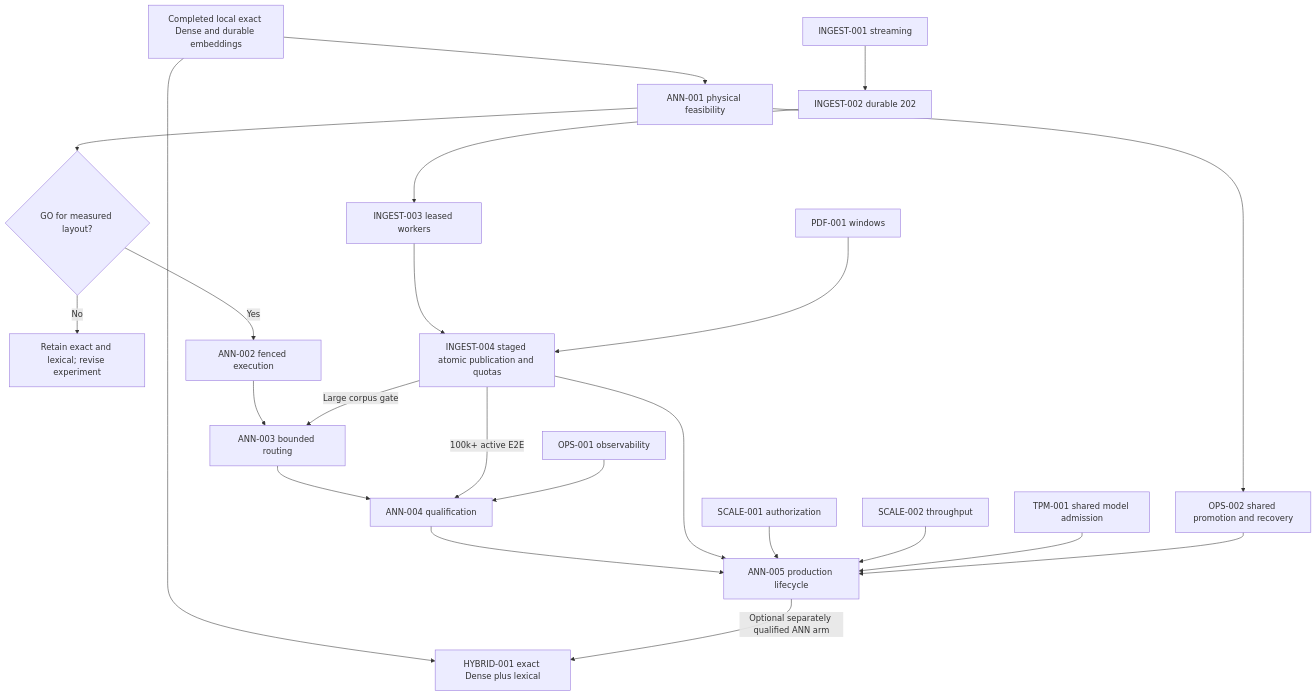
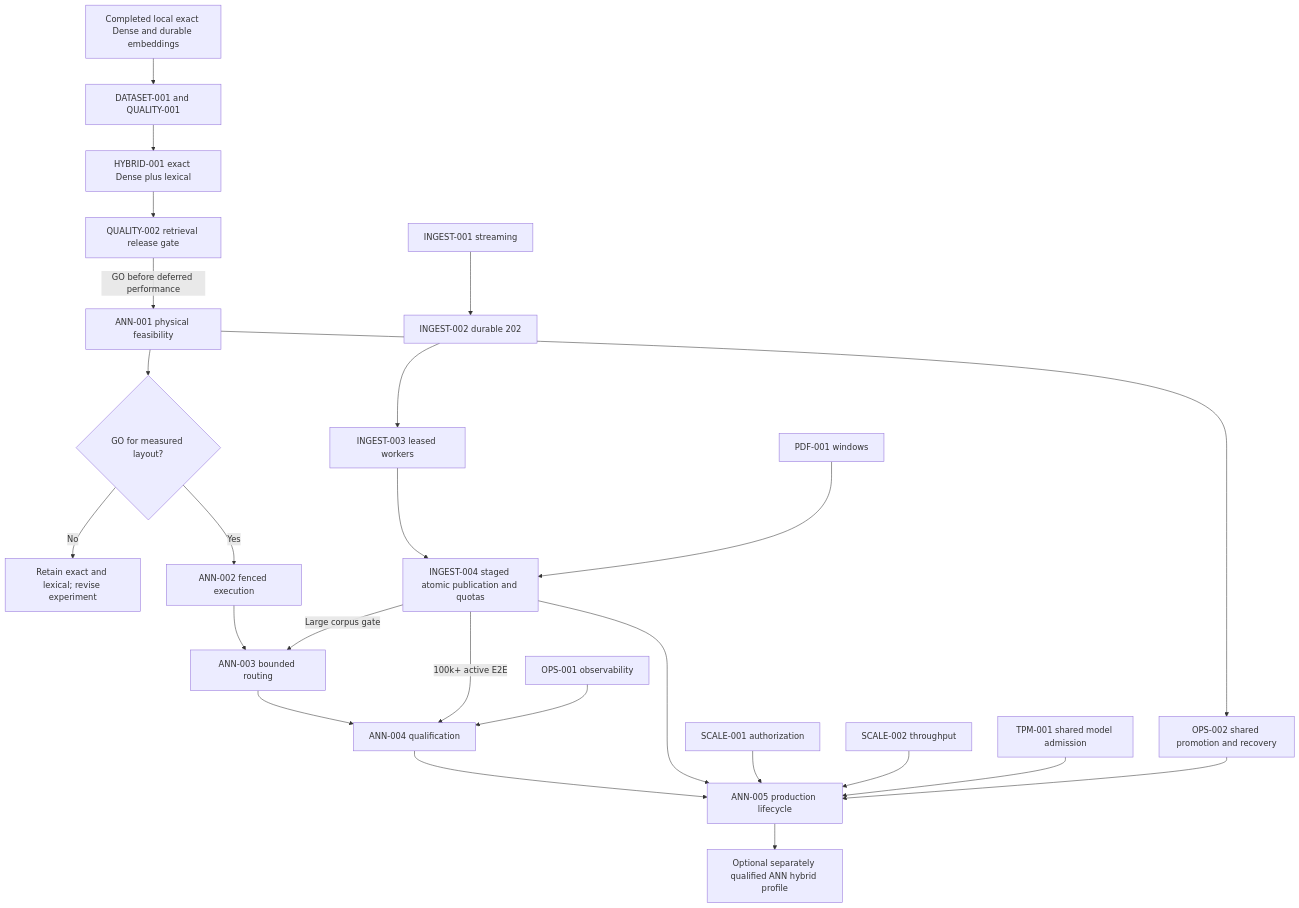
One commit to VibeInAMajor/rag-experiment changed the diagram in tasks/RAG_INDEX_RETRIEVAL_ENTERPRISE_IMPLEMENTATION_PLAN_2026-11-23.md. Above: the diagram before and after it, drawn with Mermaid. The commit also changed other lines of this file and 16 other files, not shown here.

Commit message:
Prioritize retrieval quality and organize quality tasks with source-pinned evaluation seed

````diff
--- a/tasks/RAG_INDEX_RETRIEVAL_ENTERPRISE_IMPLEMENTATION_PLAN_2026-11-23.md
+++ b/tasks/RAG_INDEX_RETRIEVAL_ENTERPRISE_IMPLEMENTATION_PLAN_2026-11-23.md
@@ -99,25 +101,29 @@
 ```mermaid
 flowchart TD
-    baseline[Completed local exact Dense and durable embeddings] --> feasibility[ANN-001 physical feasibility]
+    baseline[Completed local exact Dense and durable embeddings]
+    feasibility[ANN-001 physical feasibility]
     feasibility --> decision{GO for measured layout?}
     decision -->|No| stop[Retain exact and lexical; revise experiment]
     decision -->|Yes| execution[ANN-002 fenced execution]
     execution --> routing[ANN-003 bounded routing]
     routing --> qualification[ANN-004 qualification]
     qualification --> rollout[ANN-005 production lifecycle]
     assets[INGEST-001 streaming] --> admission[INGEST-002 durable 202]
     admission --> workers[INGEST-003 leased workers]
     workers --> publication[INGEST-004 staged atomic publication and quotas]
     pdf[PDF-001 windows] --> publication
     publication -->|Large corpus gate| routing
     publication -->|100k+ active E2E| qualification
     publication --> rollout
     identity[SCALE-001 authorization] --> rollout
     fairness[SCALE-002 throughput] --> rollout
     capacity[TPM-001 shared model admission] --> rollout
     telemetry[OPS-001 observability] --> qualification
     feasibility --> recovery[OPS-002 shared promotion and recovery]
     recovery --> rollout
-    baseline --> hybrid[HYBRID-001 exact Dense plus lexical]
-    rollout -->|Optional separately qualified ANN arm| hybrid
+    baseline --> quality[DATASET-001 and QUALITY-001]
+    quality --> hybrid[HYBRID-001 exact Dense plus lexical]
+    hybrid --> gate[QUALITY-002 retrieval release gate]
+    gate -->|GO before deferred performance| feasibility
+    rollout --> optionalAnn[Optional separately qualified ANN hybrid profile]
 ```
````
